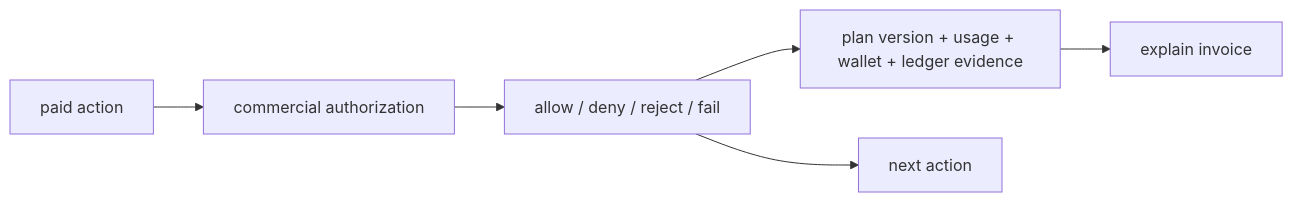
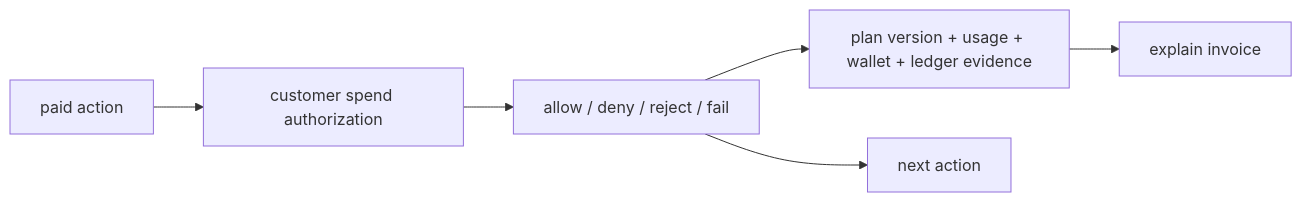
Before and after one commit to jhonsfran/unprice: the diagram in docs/brand/language-and-vocabulary.md, drawn with Mermaid. The commit also changed other lines of this file and 12 other files, not shown here.

````diff
--- a/docs/brand/language-and-vocabulary.md
+++ b/docs/brand/language-and-vocabulary.md
@@ -22,8 +22,8 @@
 ```mermaid
 flowchart LR
-  Action["paid action"] --> Decision["commercial authorization"]
+  Action["paid action"] --> Decision["customer spend authorization"]
   Decision --> State["allow / deny / reject / fail"]
   State --> Evidence["plan version + usage + wallet + ledger evidence"]
   Evidence --> Invoice["explain invoice"]
   State --> Next["next action"]
 ```
````
